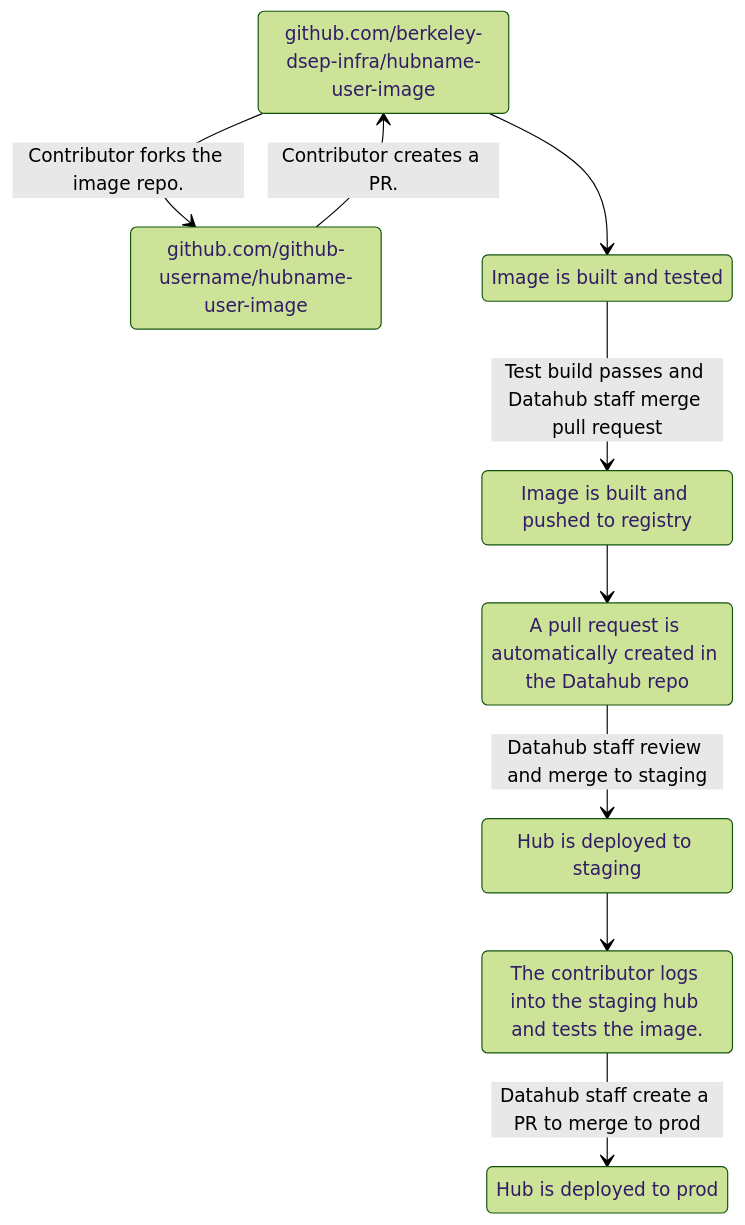
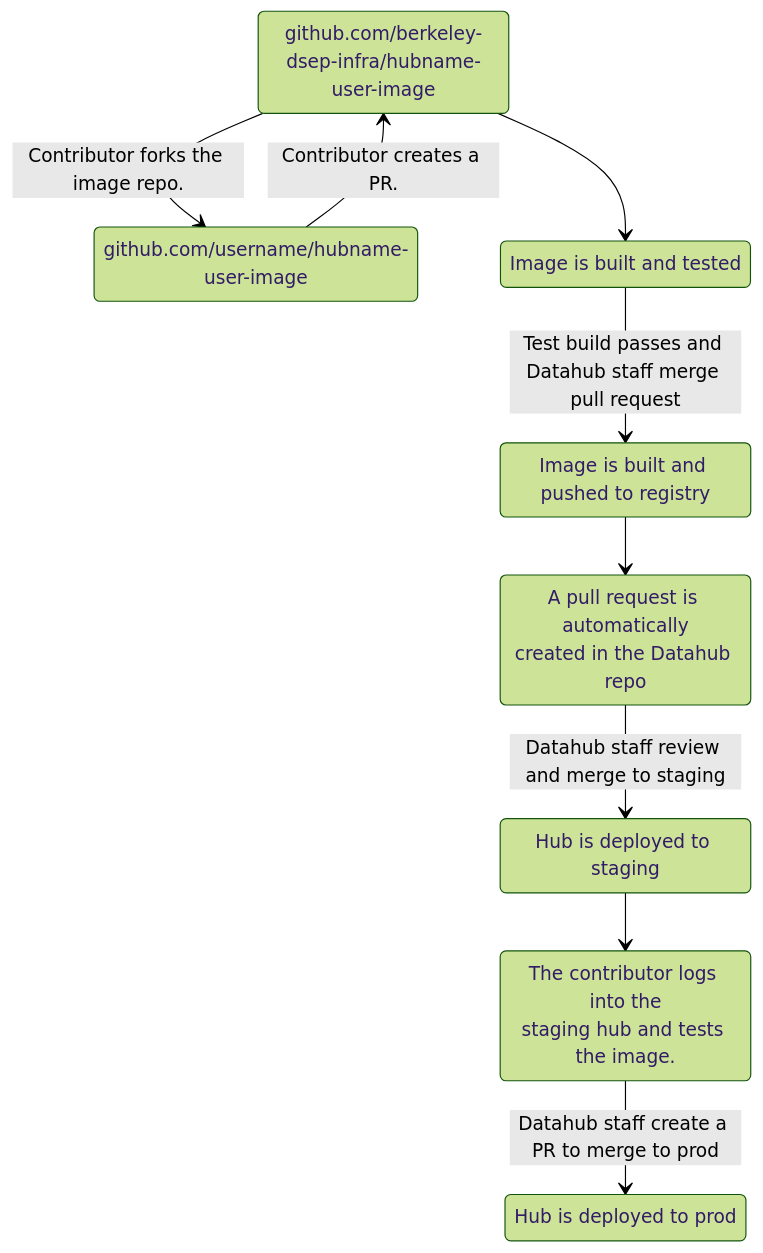
One commit to berkeley-dsep-infra/publichealth-user-image changed the diagram in CONTRIBUTING.md. Above: the diagram before and after it, drawn with Mermaid (forest theme).

Commit message:
some small fixes to the contribution guide

````diff
--- a/CONTRIBUTING.md
+++ b/CONTRIBUTING.md
@@ -67,23 +67,23 @@
 ```mermaid
 %% State diagram documentation at
 %% https://mermaid.js.org/syntax/stateDiagram.html
 
 stateDiagram-v2
     image_repo: github.com/berkeley-dsep-infra/hubname-user-image
-    forked_repo: github.com/github-username/hubname-user-image
+    user_repo: github.com/username/hubname-user-image
     image_test_build: Image is built and tested
     image_push_build: Image is built and pushed to registry
-    pr_created: A pull request is automatically created in the Datahub repo
+    pr_created: A pull request is automatically<br/>created in the Datahub repo
     deploy_to_staging: Hub is deployed to staging
-    contributor_tests: The contributor logs into the staging hub and tests the image.
+    contributor_tests: The contributor logs into the<br/>staging hub and tests the image.
     deploy_to_prod: Hub is deployed to prod
 
-    image_repo --> forked_repo: Contributor forks the image repo.
-    forked_repo --> image_repo: Contributor creates a PR.
+    image_repo --> user_repo: Contributor forks the image repo.
+    user_repo --> image_repo: Contributor creates a PR.
     image_repo --> image_test_build
     image_test_build --> image_push_build: Test build passes and Datahub staff merge pull request
     image_push_build --> pr_created
     pr_created --> deploy_to_staging: Datahub staff review and merge to staging
     deploy_to_staging --> contributor_tests
     contributor_tests --> deploy_to_prod: Datahub staff create a PR to merge to prod
 ```
````
